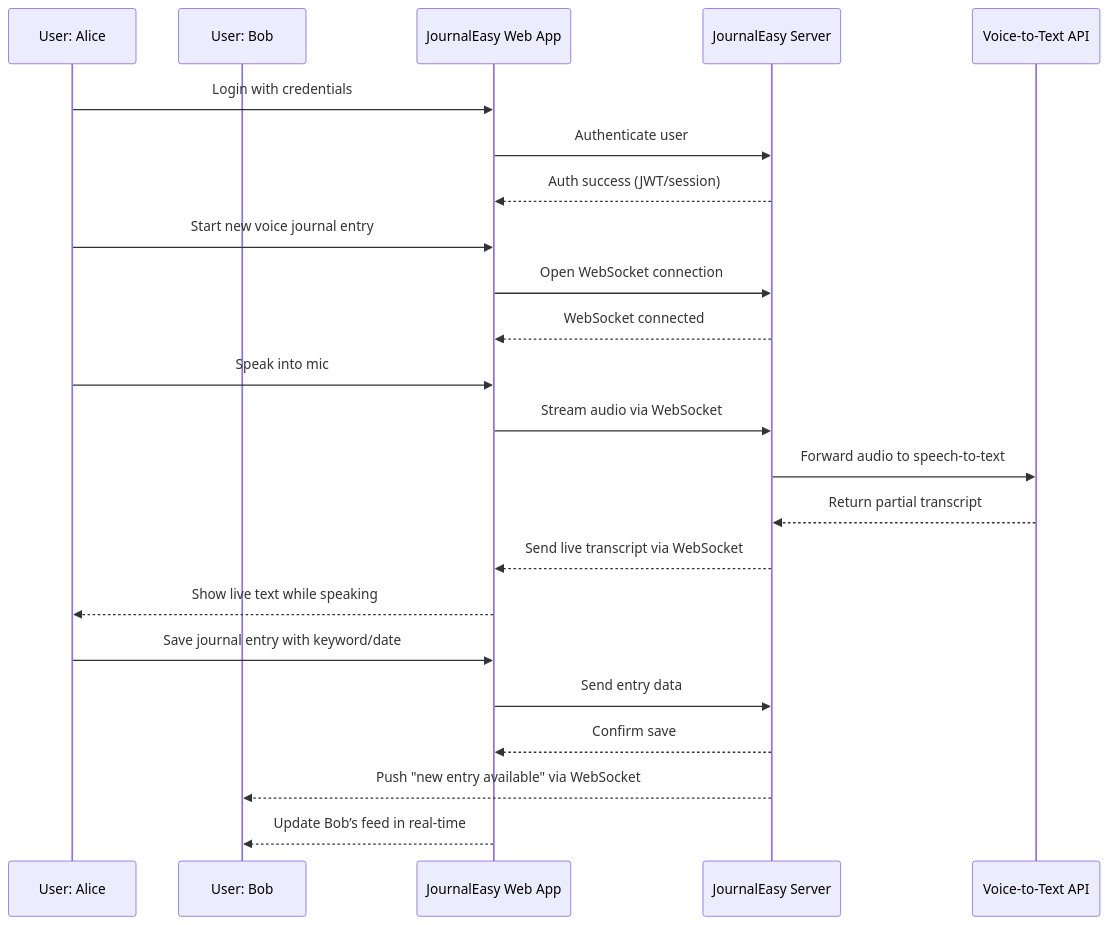
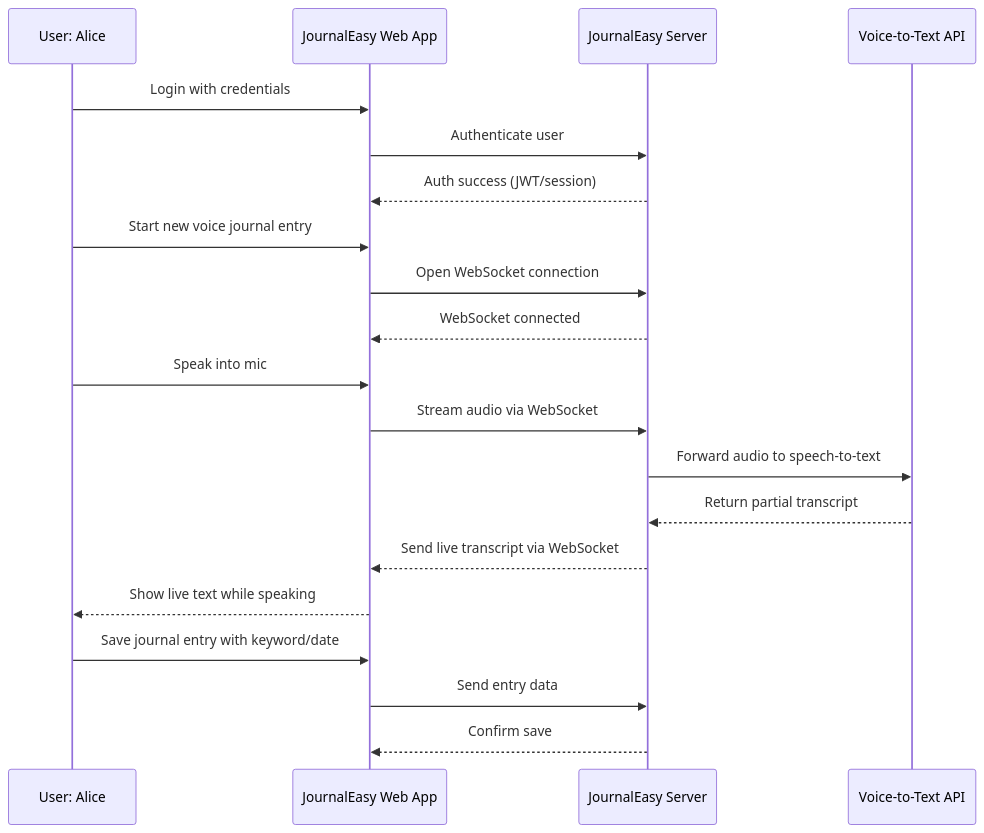
The diagram in README.md (stuartc45/startup), drawn with Mermaid before and after one commit. The commit also changed other lines of this file, not shown here.

Commit message:
Removed original sequence Diagram and made edit to my diagram.

````diff
--- a/README.md
+++ b/README.md
@@ -49,30 +43,26 @@
 ```mermaid
 sequenceDiagram
     participant Alice as User: Alice
-    participant Bob as User: Bob
     participant FE as JournalEasy Web App
     participant BE as JournalEasy Server
     participant API as Voice-to-Text API
 
     Alice->>FE: Login with credentials
     FE->>BE: Authenticate user
     BE-->>FE: Auth success (JWT/session)
 
     Alice->>FE: Start new voice journal entry
     FE->>BE: Open WebSocket connection
     BE-->>FE: WebSocket connected
 
     Alice->>FE: Speak into mic
     FE->>BE: Stream audio via WebSocket
     BE->>API: Forward audio to speech-to-text
     API-->>BE: Return partial transcript
     BE-->>FE: Send live transcript via WebSocket
     FE-->>Alice: Show live text while speaking
 
     Alice->>FE: Save journal entry with keyword/date
     FE->>BE: Send entry data
     BE-->>FE: Confirm save
-
-    BE-->>Bob: Push "new entry available" via WebSocket
-    FE-->>Bob: Update Bob’s feed in real-time
 ```
````
